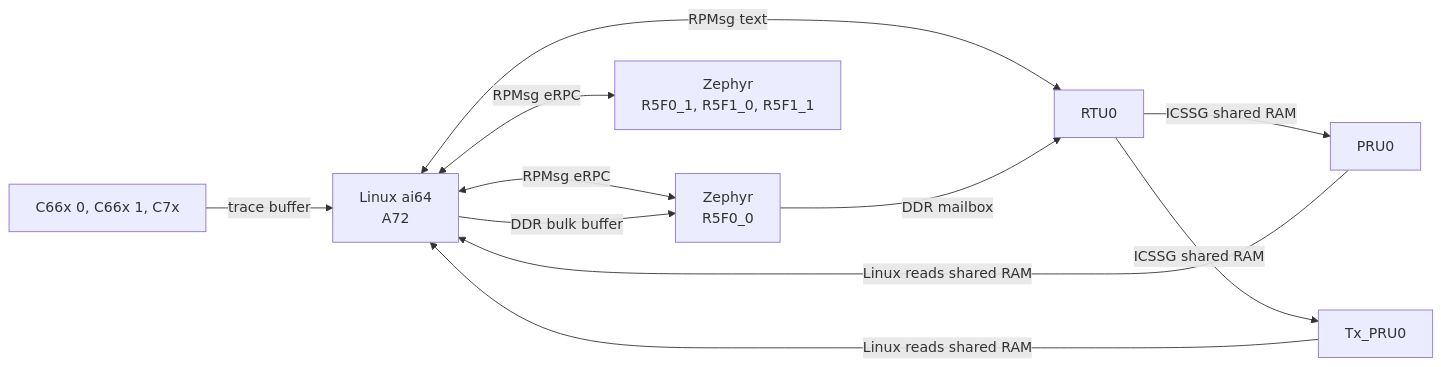
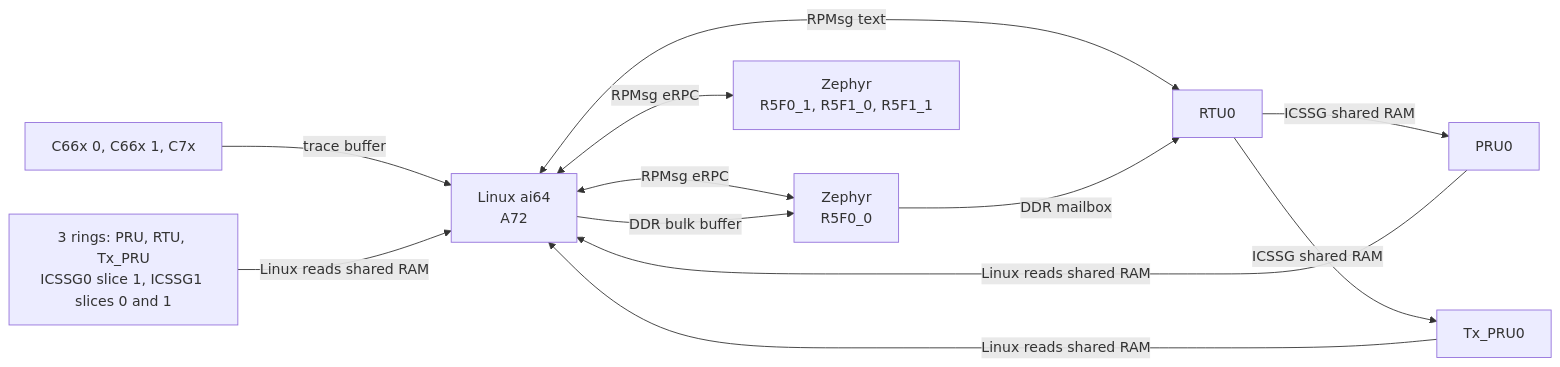
Before and after one commit to kevinacahalan/BeagleBoneAI64-linux-zephyr-pru-c7x-c66x-demo: the diagram in README.md, drawn with Mermaid. The commit also changed other lines of this file and 13 other files, not shown here.

First line of the commit message:
Run token rings on the nine unused ICSSG cores

````diff
--- a/README.md
+++ b/README.md
@@ -12,20 +13,22 @@
 ```mermaid
 flowchart LR
   ai64["Linux ai64<br/>A72"]
   r5["Zephyr<br/>R5F0_0"]
   r5b["Zephyr<br/>R5F0_1, R5F1_0, R5F1_1"]
   rtu0["RTU0"]
   pru0["PRU0"]
   tx["Tx_PRU0"]
   ai64 <-->|"RPMsg eRPC"| r5
   ai64 <-->|"RPMsg eRPC"| r5b
   ai64 -->|"DDR bulk buffer"| r5
   ai64 <-->|"RPMsg text"| rtu0
   r5 -->|"DDR mailbox"| rtu0
   rtu0 -->|"ICSSG shared RAM"| pru0
   rtu0 -->|"ICSSG shared RAM"| tx
   pru0 -->|"Linux reads shared RAM"| ai64
   tx -->|"Linux reads shared RAM"| ai64
   dsp["C66x 0, C66x 1, C7x"]
   dsp -->|"trace buffer"| ai64
+  rings["3 rings: PRU, RTU, Tx_PRU<br/>ICSSG0 slice 1, ICSSG1 slices 0 and 1"]
+  rings -->|"Linux reads shared RAM"| ai64
 ```
````
